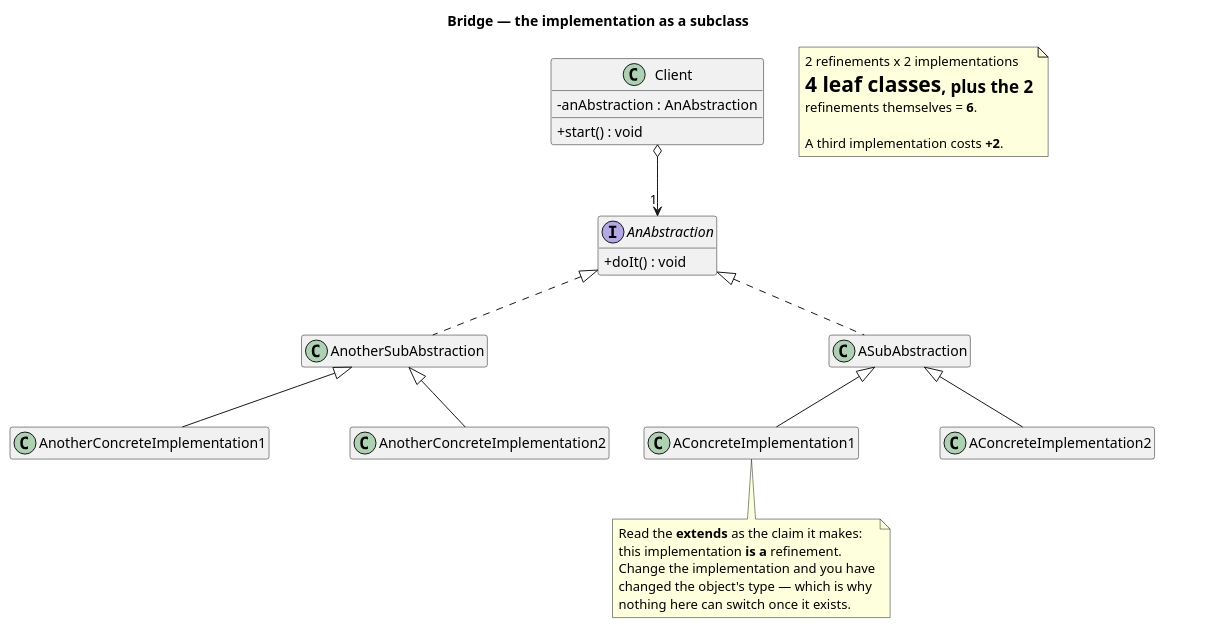
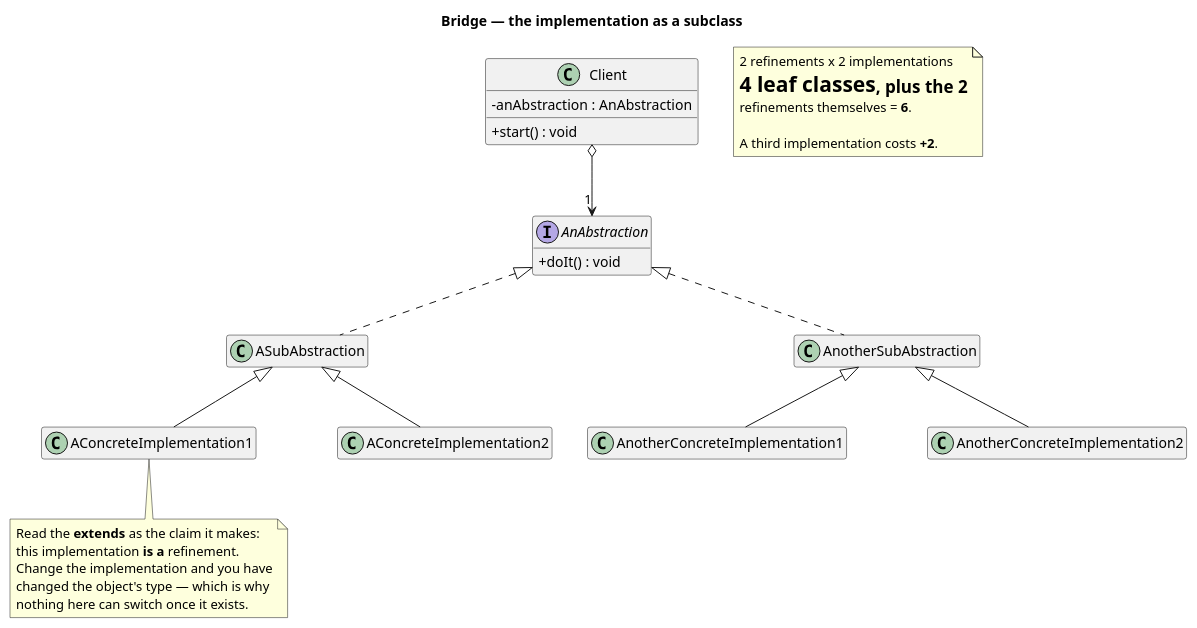
Before and after one commit to kaldiroglu/DesignPatternsWithJava: the diagram in src/main/java/dev/kaldiroglu/dp/structural/bridge/basic/problem/uml/Bridge - Basic (Problem) - Class Diagram.puml, drawn with PlantUML. The commit also changed 54 other files, not shown here.

Commit message:
Diagrams: the last is-a families follow the layout rule; redrawn PNGs have a white background

```diff
--- a/src/main/java/dev/kaldiroglu/dp/structural/bridge/basic/problem/uml/Bridge - Basic (Problem) - Class Diagram.puml
+++ b/src/main/java/dev/kaldiroglu/dp/structural/bridge/basic/problem/uml/Bridge - Basic (Problem) - Class Diagram.puml
@@ -1,73 +1,64 @@
 @startuml "Bridge - Basic (Problem) - Class Diagram"
 skinparam linetype polyline
 skinparam class {
   BackgroundColor<<spacer>> transparent
   BorderColor<<spacer>> transparent
   FontColor<<spacer>> transparent
 }
 hide <<spacer>> stereotype
 hide <<spacer>> circle
 skinparam classAttributeIconSize 0
 hide empty members
 title Bridge — the implementation as a subclass
 
 
 interface AnAbstraction {
   + doIt() : void
 }
 
 class ASubAbstraction
 class AnotherSubAbstraction
 class AConcreteImplementation1
 class AConcreteImplementation2
 class AnotherConcreteImplementation1
 class AnotherConcreteImplementation2
 class Client {
   - anAbstraction : AnAbstraction
   + start() : void
 }
 
 AnAbstraction <|.. AnotherSubAbstraction
 AnAbstraction <|.. ASubAbstraction
 ASubAbstraction <|-- AConcreteImplementation2
 ASubAbstraction <|-- AConcreteImplementation1
 AnotherSubAbstraction <|-- AnotherConcreteImplementation2
 AnotherSubAbstraction <|-- AnotherConcreteImplementation1
 
 note bottom of AConcreteImplementation1
   Read the <b>extends</b> as the claim it makes:
   this implementation <b>is a</b> refinement.
   Change the implementation and you have
   changed the object's type — which is why
   nothing here can switch once it exists.
 end note
 
 note as N1
   2 refinements x 2 implementations
   = <b>4 leaf classes</b>, plus the 2
   refinements themselves = <b>6</b>.
 
   A third implementation costs <b>+2</b>.
 end note
-
+Client o--> "1" AnAbstraction
 class " " as Spacer1 <<spacer>>
-AnAbstraction -[hidden]- Spacer1
-AnAbstraction -[hidden]- Spacer1
-AnotherSubAbstraction -[hidden]right- Spacer1
-Spacer1 -[hidden]right- ASubAbstraction
+ASubAbstraction -[hidden]- Spacer1
+ASubAbstraction -[hidden]- Spacer1
+AConcreteImplementation1 -[hidden]right- Spacer1
+Spacer1 -[hidden]right- AConcreteImplementation2
 class " " as Spacer2 <<spacer>>
-ASubAbstraction -[hidden]- Spacer2
-ASubAbstraction -[hidden]- Spacer2
-AConcreteImplementation1 -[hidden]right- Spacer2
-Spacer2 -[hidden]right- AConcreteImplementation2
-class " " as Spacer3 <<spacer>>
-AnotherSubAbstraction -[hidden]- Spacer3
-AnotherSubAbstraction -[hidden]- Spacer3
-AnotherConcreteImplementation1 -[hidden]right- Spacer3
-Spacer3 -[hidden]right- AnotherConcreteImplementation2
-Client o--> "1" AnAbstraction
-class " " as Spacer66 <<spacer>>
-ASubAbstraction -[hidden]- Spacer66
-AConcreteImplementation2 -[hidden]right- Spacer66
-Spacer66 -[hidden]right- AConcreteImplementation1
+AnotherSubAbstraction -[hidden]- Spacer2
+AnotherSubAbstraction -[hidden]- Spacer2
+AnotherConcreteImplementation1 -[hidden]right- Spacer2
+Spacer2 -[hidden]right- AnotherConcreteImplementation2
+AConcreteImplementation2 -[hidden]right- AnotherConcreteImplementation1
 @enduml
```
